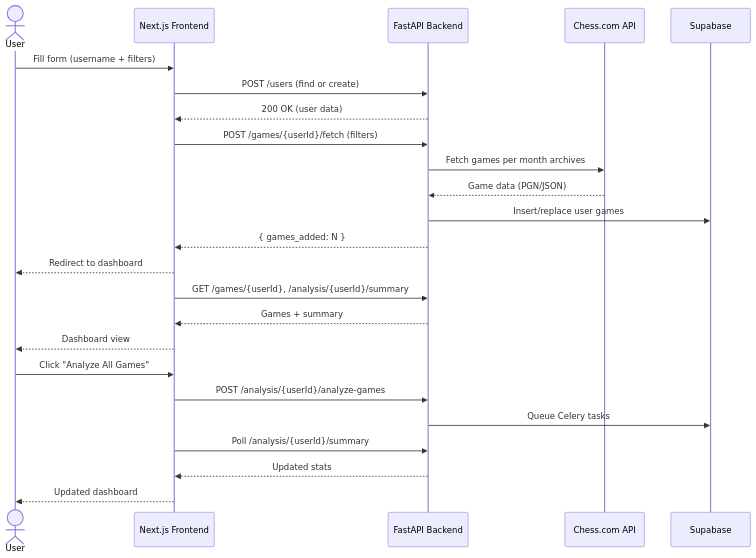
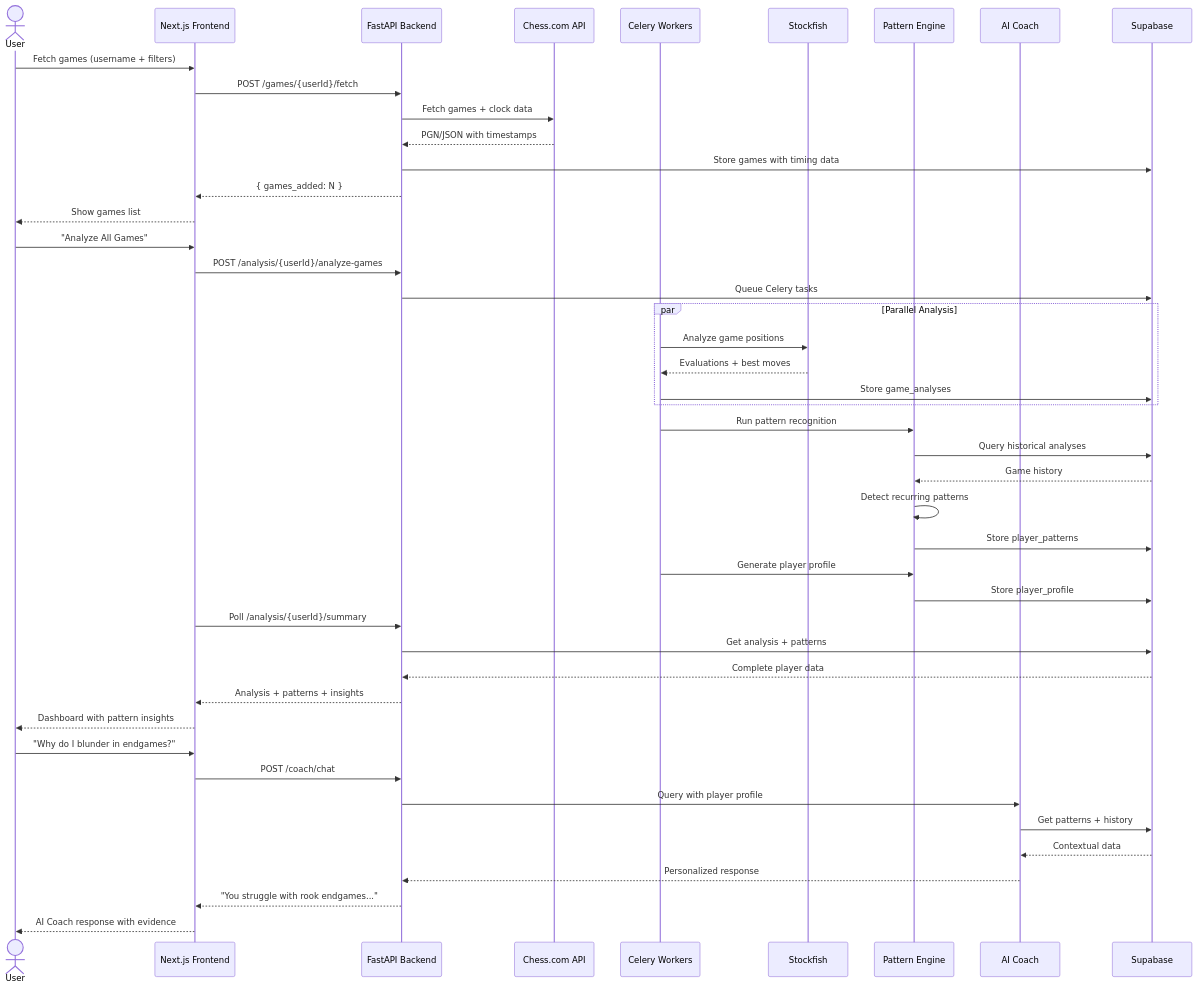
One commit to ArcnetLabs/chess-AI changed the second of 3 diagrams in docs/product/FRD_PRODUCT.md. Above: the diagram before and after it, drawn with Mermaid. The commit also changed other lines of this file and 74 other files, not shown here.

````diff
--- a/docs/product/FRD_PRODUCT.md
+++ b/docs/product/FRD_PRODUCT.md
@@ -253,30 +559,54 @@
 ```mermaid
 sequenceDiagram
     actor U as User
     participant FE as Next.js Frontend
     participant BE as FastAPI Backend
     participant CC as Chess.com API
+    participant CELERY as Celery Workers
+    participant SF as Stockfish
+    participant PRE as Pattern Engine
+    participant AI as AI Coach
     participant DB as Supabase
 
-    U->>FE: Fill form (username + filters)
-    FE->>BE: POST /users (find or create)
-    BE-->>FE: 200 OK (user data)
+    U->>FE: Fetch games (username + filters)
+    FE->>BE: POST /games/{userId}/fetch
+    BE->>CC: Fetch games + clock data
+    CC-->>BE: PGN/JSON with timestamps
+    BE->>DB: Store games with timing data
+    BE-->>FE: { games_added: N }
+    FE-->>U: Show games list
 
-    FE->>BE: POST /games/{userId}/fetch (filters)
-    BE->>CC: Fetch games per month archives
-    CC-->>BE: Game data (PGN/JSON)
-    BE->>DB: Insert/replace user games
-    BE-->>FE: { games_added: N }
-
-    FE-->>U: Redirect to dashboard
-    FE->>BE: GET /games/{userId}, /analysis/{userId}/summary
-    BE-->>FE: Games + summary
-    FE-->>U: Dashboard view
-
-    U->>FE: Click "Analyze All Games"
+    U->>FE: "Analyze All Games"
     FE->>BE: POST /analysis/{userId}/analyze-games
     BE->>DB: Queue Celery tasks
+
+    par Parallel Analysis
+        CELERY->>SF: Analyze game positions
+        SF-->>CELERY: Evaluations + best moves
+        CELERY->>DB: Store game_analyses
+    end
+
+    CELERY->>PRE: Run pattern recognition
+    PRE->>DB: Query historical analyses
+    DB-->>PRE: Game history
+    PRE->>PRE: Detect recurring patterns
+    PRE->>DB: Store player_patterns
+
+    CELERY->>PRE: Generate player profile
+    PRE->>DB: Store player_profile
+
     FE->>BE: Poll /analysis/{userId}/summary
-    BE-->>FE: Updated stats
-    FE-->>U: Updated dashboard
+    BE->>DB: Get analysis + patterns
+    DB-->>BE: Complete player data
+    BE-->>FE: Analysis + patterns + insights
+    FE-->>U: Dashboard with pattern insights
+
+    U->>FE: "Why do I blunder in endgames?"
+    FE->>BE: POST /coach/chat
+    BE->>AI: Query with player profile
+    AI->>DB: Get patterns + history
+    DB-->>AI: Contextual data
+    AI-->>BE: Personalized response
+    BE-->>FE: "You struggle with rook endgames..."
+    FE-->>U: AI Coach response with evidence
 ```
````
